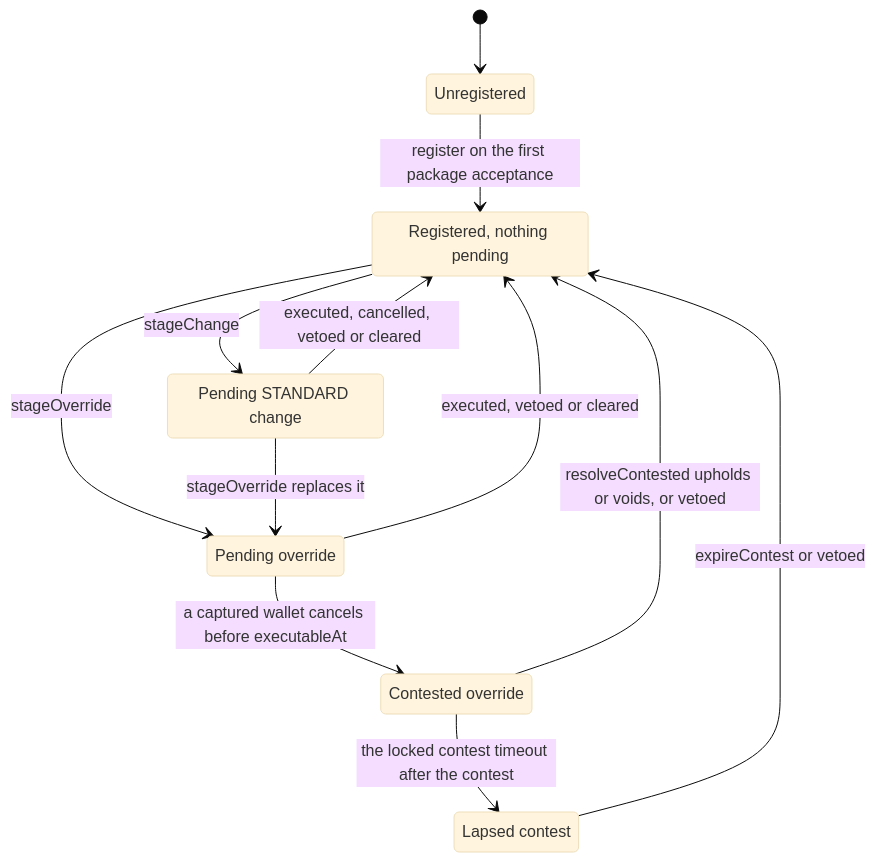
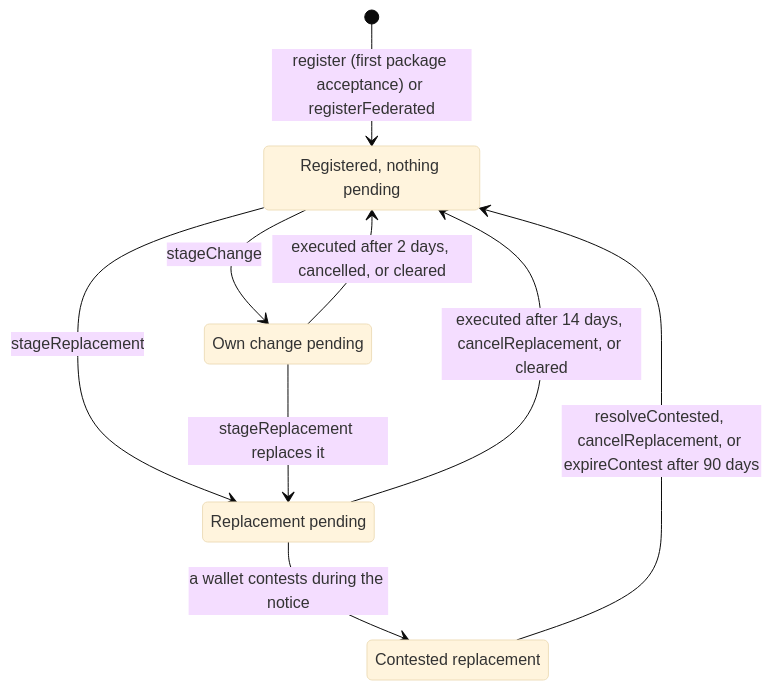
Before and after one commit to 6529-Collections/6529-works: the diagram in docs/spec/identity-and-recovery.md, drawn with Mermaid (base theme). The commit also changed other lines of this file and 352 other files, not shown here.

````diff
--- a/docs/spec/identity-and-recovery.md
+++ b/docs/spec/identity-and-recovery.md
@@ -351,19 +145,15 @@
 ```mermaid
 stateDiagram-v2
     state "Registered, nothing pending" as Registered
-    state "Pending STANDARD change" as PendingStandard
-    state "Pending override" as PendingOverride
-    state "Contested override" as Contested
-    state "Lapsed contest" as Lapsed
-    [*] --> Unregistered
-    Unregistered --> Registered : register on the first package acceptance
-    Registered --> PendingStandard : stageChange
-    Registered --> PendingOverride : stageOverride
-    PendingStandard --> PendingOverride : stageOverride replaces it
-    PendingStandard --> Registered : executed, cancelled, vetoed or cleared
-    PendingOverride --> Registered : executed, vetoed or cleared
-    PendingOverride --> Contested : a captured wallet cancels before executableAt
-    Contested --> Registered : resolveContested upholds or voids, or vetoed
-    Contested --> Lapsed : the locked contest timeout after the contest
-    Lapsed --> Registered : expireContest or vetoed
+    state "Own change pending" as Own
+    state "Replacement pending" as Replacement
+    state "Contested replacement" as Contested
+    [*] --> Registered : register (first package acceptance) or registerFederated
+    Registered --> Own : stageChange
+    Registered --> Replacement : stageReplacement
+    Own --> Replacement : stageReplacement replaces it
+    Own --> Registered : executed after 2 days, cancelled, or cleared
+    Replacement --> Registered : executed after 14 days, cancelReplacement, or cleared
+    Replacement --> Contested : a wallet contests during the notice
+    Contested --> Registered : resolveContested, cancelReplacement, or expireContest after 90 days
 ```
````
